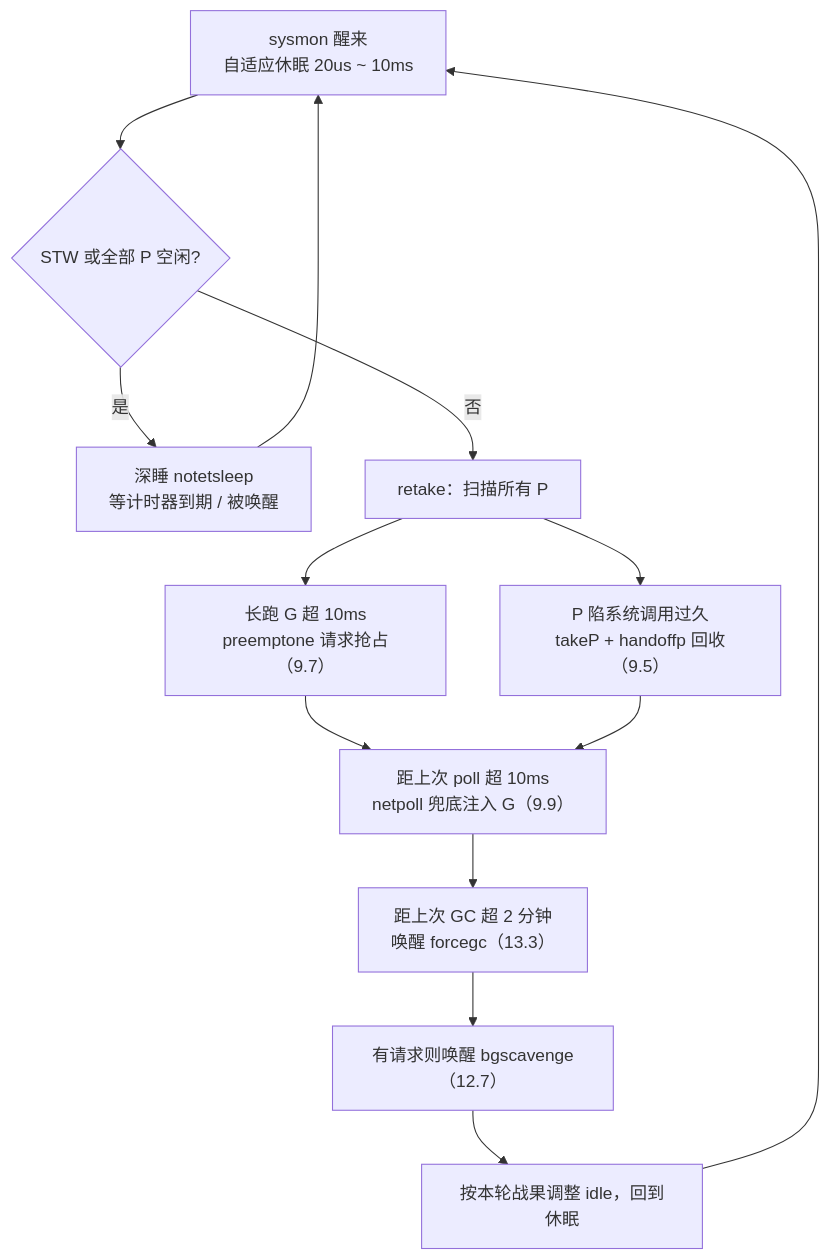
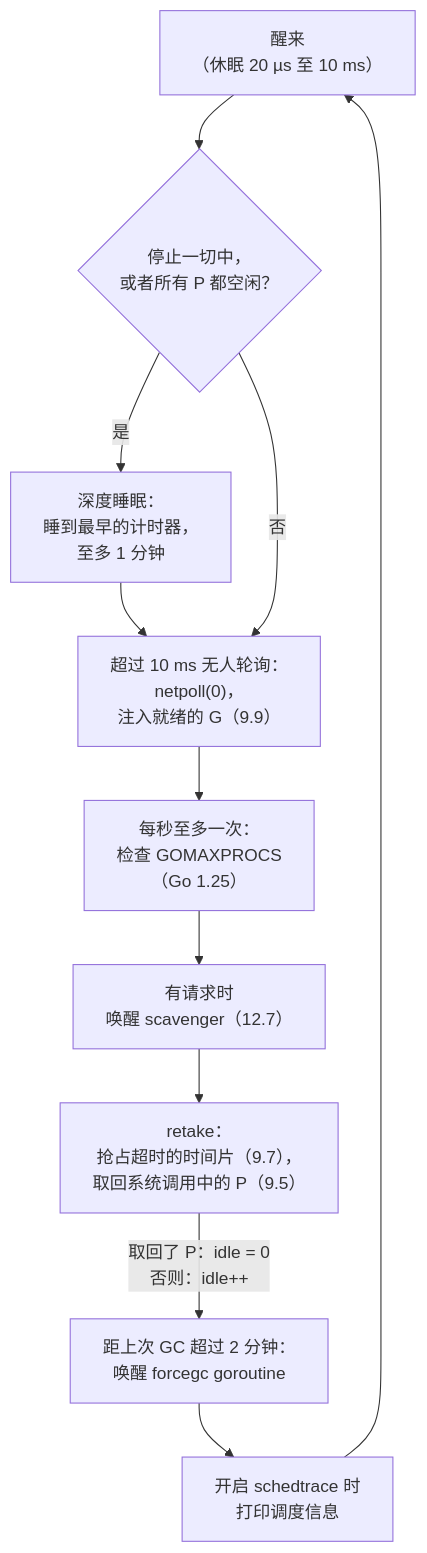
One commit to golang-design/under-the-hood changed the diagram in book/zh-cn/part3concurrency/ch09sched/sysmon.md. Above: the diagram before and after it, drawn with Mermaid. The commit also changed other lines of this file and 11 other files, not shown here.

````diff
--- a/book/zh-cn/part3concurrency/ch09sched/sysmon.md
+++ b/book/zh-cn/part3concurrency/ch09sched/sysmon.md
@@ -213,15 +310,13 @@
 ```mermaid
 flowchart TD
-    START["sysmon 醒来<br/>自适应休眠 20us ~ 10ms"] --> STW{STW 或全部 P 空闲?}
-    STW -->|是| DEEP["深睡 notetsleep<br/>等计时器到期 / 被唤醒"]
-    DEEP --> START
-    STW -->|否| RETAKE["retake：扫描所有 P"]
-    RETAKE --> LONG["长跑 G 超 10ms<br/>preemptone 请求抢占（9.7）"]
-    RETAKE --> SYS["P 陷系统调用过久<br/>takeP + handoffp 回收（9.5）"]
-    LONG --> NET["距上次 poll 超 10ms<br/>netpoll 兜底注入 G（9.9）"]
-    SYS --> NET
-    NET --> GC["距上次 GC 超 2 分钟<br/>唤醒 forcegc（13.3）"]
-    GC --> SCAV["有请求则唤醒 bgscavenge（12.7）"]
-    SCAV --> LOOP["按本轮战果调整 idle，回到休眠"]
-    LOOP --> START
+    WAKE["醒来<br/>（休眠 20 µs 至 10 ms）"] --> DEEP{"停止一切中，<br/>或者所有 P 都空闲？"}
+    DEEP -->|是| SLEEP["深度睡眠：<br/>睡到最早的计时器，<br/>至多 1 分钟"]
+    SLEEP --> NET
+    DEEP -->|否| NET["超过 10 ms 无人轮询：<br/>netpoll(0)，<br/>注入就绪的 G（9.9）"]
+    NET --> PROCS["每秒至多一次：<br/>检查 GOMAXPROCS<br/>（Go 1.25）"]
+    PROCS --> SCAV["有请求时<br/>唤醒 scavenger（12.7）"]
+    SCAV --> RETAKE["retake：<br/>抢占超时的时间片（9.7），<br/>取回系统调用中的 P（9.5）"]
+    RETAKE -->|"取回了 P：idle = 0<br/>否则：idle++"| GC["距上次 GC 超过 2 分钟：<br/>唤醒 forcegc goroutine"]
+    GC --> TRACE["开启 schedtrace 时<br/>打印调度信息"]
+    TRACE --> WAKE
 ```
````
